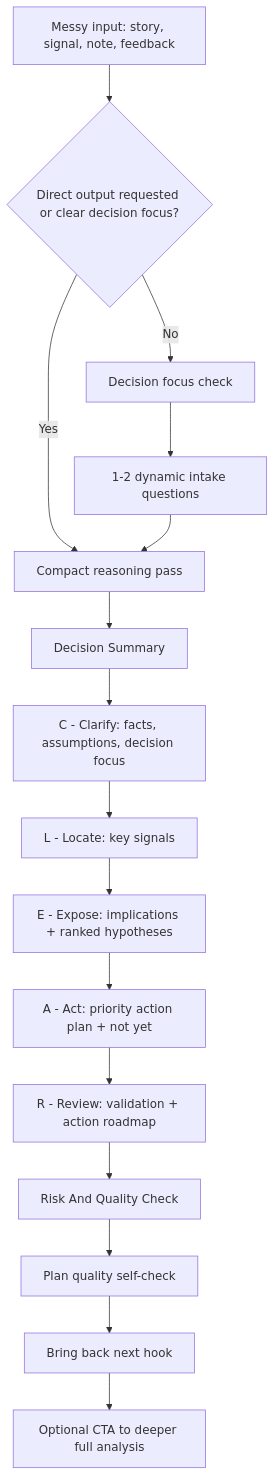
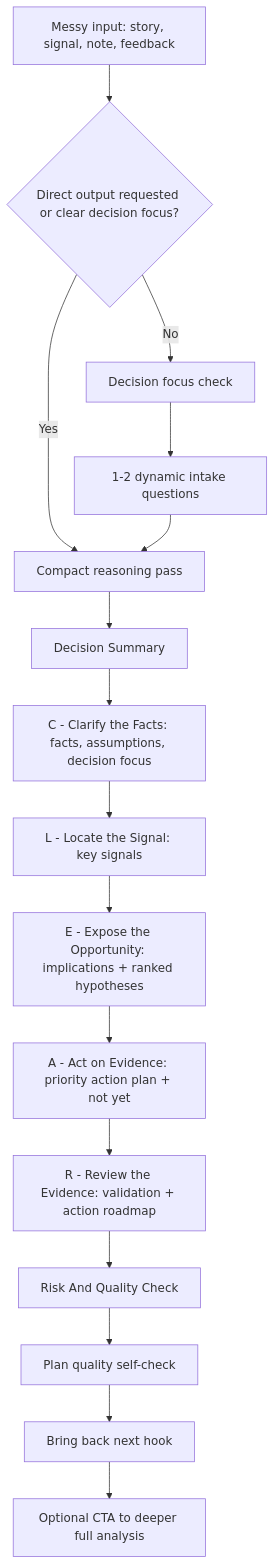
One commit to fzfclee/signal-to-action-planner changed the diagram in conversation_flow.md. Above: the diagram before and after it, drawn with Mermaid. The commit also changed other lines of this file and 7 other files, not shown here.

````diff
--- a/conversation_flow.md
+++ b/conversation_flow.md
@@ -10,18 +10,18 @@
 ```mermaid
 flowchart TD
     A["Messy input: story, signal, note, feedback"] --> B{"Direct output requested or clear decision focus?"}
     B -->|Yes| E["Compact reasoning pass"]
     B -->|No| C["Decision focus check"]
     C --> D["1-2 dynamic intake questions"]
     D --> E
     E --> F["Decision Summary"]
-    F --> G["C - Clarify: facts, assumptions, decision focus"]
-    G --> H["L - Locate: key signals"]
-    H --> I["E - Expose: implications + ranked hypotheses"]
-    I --> J["A - Act: priority action plan + not yet"]
-    J --> K["R - Review: validation + action roadmap"]
+    F --> G["C - Clarify the Facts: facts, assumptions, decision focus"]
+    G --> H["L - Locate the Signal: key signals"]
+    H --> I["E - Expose the Opportunity: implications + ranked hypotheses"]
+    I --> J["A - Act on Evidence: priority action plan + not yet"]
+    J --> K["R - Review the Evidence: validation + action roadmap"]
     K --> L["Risk And Quality Check"]
     L --> M["Plan quality self-check"]
     M --> N["Bring back next hook"]
     N --> O["Optional CTA to deeper full analysis"]
 ```
````
